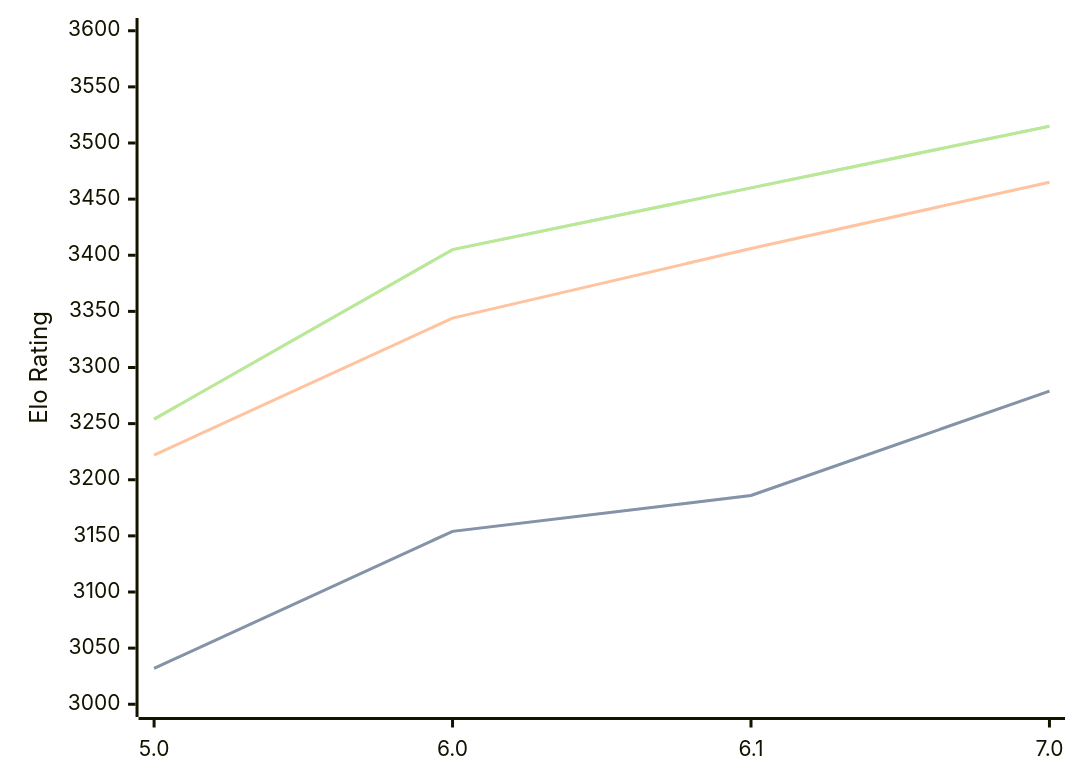
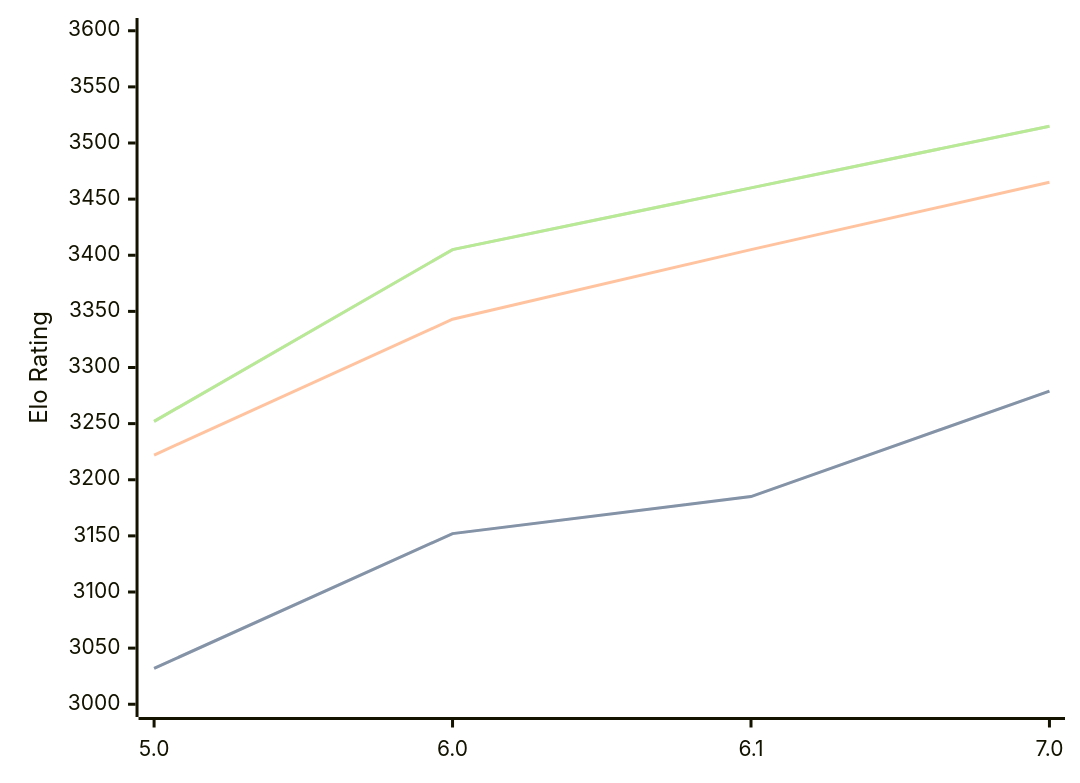
One commit to computer-chess-index/cci changed the diagram in engines/PZChessBot.md. Above: the diagram before and after it, drawn with Mermaid. The commit also changed other lines of this file, not shown here.

Commit message:
Update CCI Ratings (ELO VLTC) - 2026-06-12

````diff
--- a/engines/PZChessBot.md
+++ b/engines/PZChessBot.md
@@ -43,11 +43,11 @@
 ```mermaid
 %%{init: {"theme":"base","themeVariables":{"seriesColors:['#a3a3a3','#222221','#faa371']}}}%%
 xychart-beta
   x-axis ["5.0", "6.0", "6.1", "7.0"]
   y-axis "Elo Rating" 3000 --> 3600
-  line "STC (8.0+0.08s)" [3032, 3154, 3186, 3279]
-  line "STC (8.0+0.08s)" [3032, 3154, 3186, 3279]
-  line "LTC (60.0+0.60s)" [3222, 3344, 3406, 3465]
-  line "VLTC (2m24s+1.12s)" [3254, 3405, 3460, 3515]
-  line "VLTC (2m24s+1.12s)" [3254, 3405, 3460, 3515]
+  line "STC (8.0+0.08s)" [3032, 3152, 3185, 3279]
+  line "STC (8.0+0.08s)" [3032, 3152, 3185, 3279]
+  line "LTC (60.0+0.60s)" [3222, 3343, 3405, 3465]
+  line "VLTC (2m24s+1.12s)" [3252, 3405, 3460, 3515]
+  line "VLTC (2m24s+1.12s)" [3252, 3405, 3460, 3515]
 ```
````
